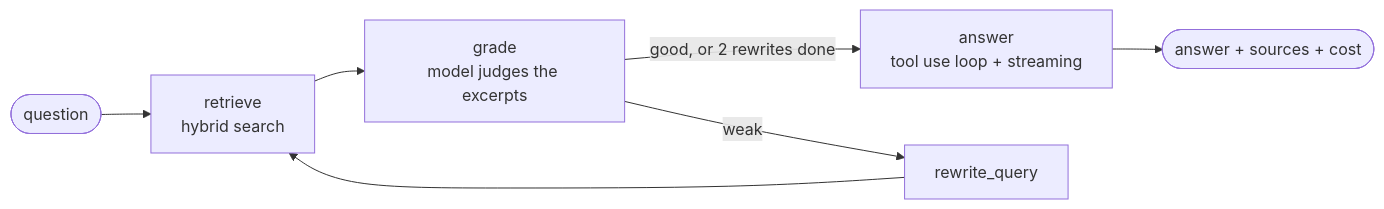
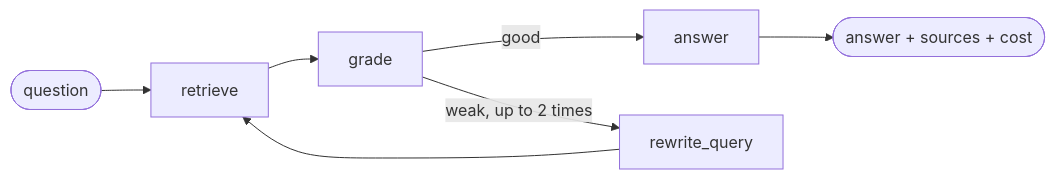
Before and after one commit to GuybsonDev/He-Net-Knowledge-Agent: the diagram in README.md, drawn with Mermaid. The commit also changed other lines of this file, not shown here.

````diff
--- a/README.md
+++ b/README.md
@@ -18,9 +17,9 @@
 ```mermaid
 flowchart LR
-    Q([question]) --> R[retrieve\nhybrid search]
-    R --> G[grade\nmodel judges the excerpts]
-    G -->|good, or 2 rewrites done| A[answer\ntool use loop + streaming]
-    G -->|weak| W[rewrite_query]
+    Q([question]) --> R[retrieve]
+    R --> G[grade]
+    G -->|good| A[answer]
+    G -->|weak, up to 2 times| W[rewrite_query]
     W --> R
     A --> D([answer + sources + cost])
 ```
````
